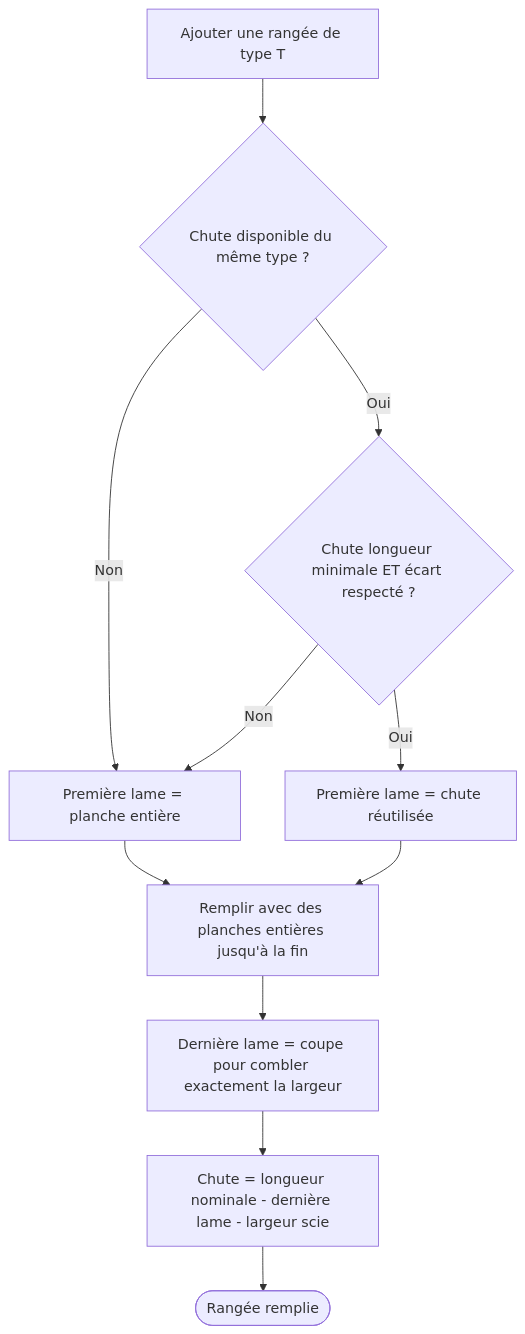
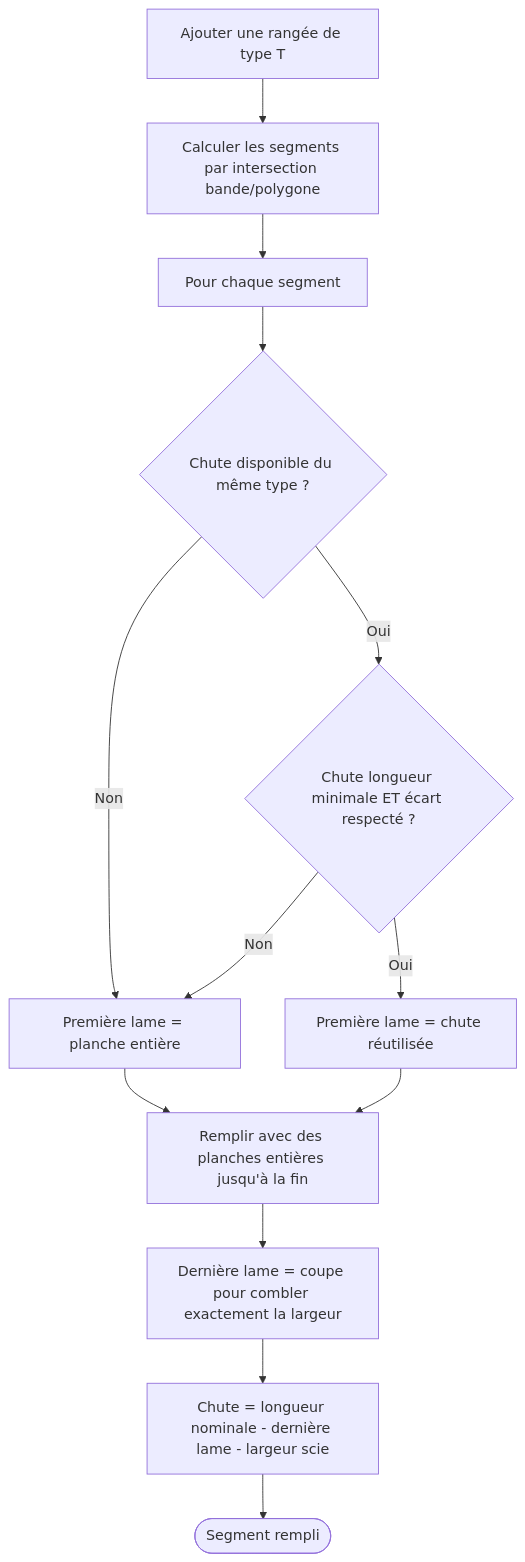
Before and after one commit to Khyonn/calepinage-01: the diagram in docs/features/row-fill.md, drawn with Mermaid. The commit also changed other lines of this file and 32 other files, not shown here.

First line of the commit message:
feat: step 05 — révision domaine & store (segments, thunk, persistance) - Row : xOffset unique → segments[]  (un xOffset par segment géométrique) - BackgroundPlan : ajout x/y (repositionnement en mode plan) - InteractionMode : 'rows' → 'edit' - UIState : ajout selectedPlankTypeId

````diff
--- a/docs/features/row-fill.md
+++ b/docs/features/row-fill.md
@@ -7,13 +40,15 @@
 ```mermaid
 flowchart TD
-    AddRow[Ajouter une rangée de type T] --> Prev{Chute disponible du même type ?}
+    AddRow[Ajouter une rangée de type T] --> Segments[Calculer les segments par intersection bande/polygone]
+    Segments --> ForEach[Pour chaque segment]
+    ForEach --> Prev{Chute disponible du même type ?}
     Prev -- Non --> FirstFull[Première lame = planche entière]
     Prev -- Oui --> Optim{Chute longueur minimale ET écart respecté ?}
     Optim -- Oui --> FirstOffcut[Première lame = chute réutilisée]
     Optim -- Non --> FirstFull
     FirstFull --> Fill[Remplir avec des planches entières jusqu'à la fin]
     FirstOffcut --> Fill
     Fill --> LastCut[Dernière lame = coupe pour combler exactement la largeur]
     LastCut --> CalcOffcut[Chute = longueur nominale - dernière lame - largeur scie]
-    CalcOffcut --> End([Rangée remplie])
+    CalcOffcut --> End([Segment rempli])
 ```
````
